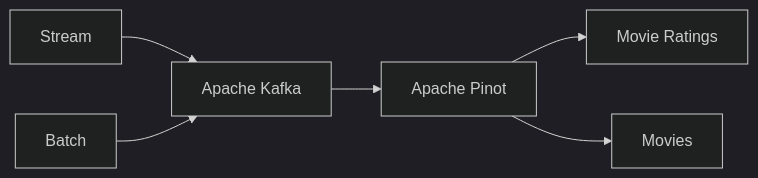
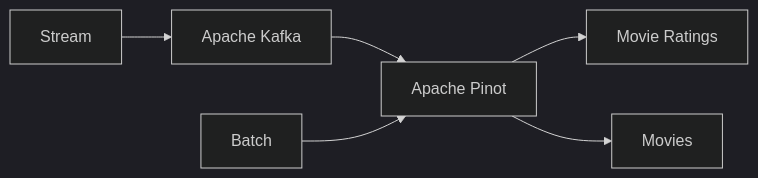
One commit to startreedata/pinot-quickstart changed the diagram in README.md. Above: the diagram before and after it, drawn with Mermaid (dark theme).

Commit message:
fixed diagram

````diff
--- a/README.md
+++ b/README.md
@@ -5,11 +5,11 @@
 ```mermaid
 flowchart LR
 
 Stream-->k[Apache Kafka]-->p[Apache Pinot]
 
-Batch-->k
+Batch-->p
 
 p-->mrp[Movie Ratings]
 
 p-->Movies
 ```
````
